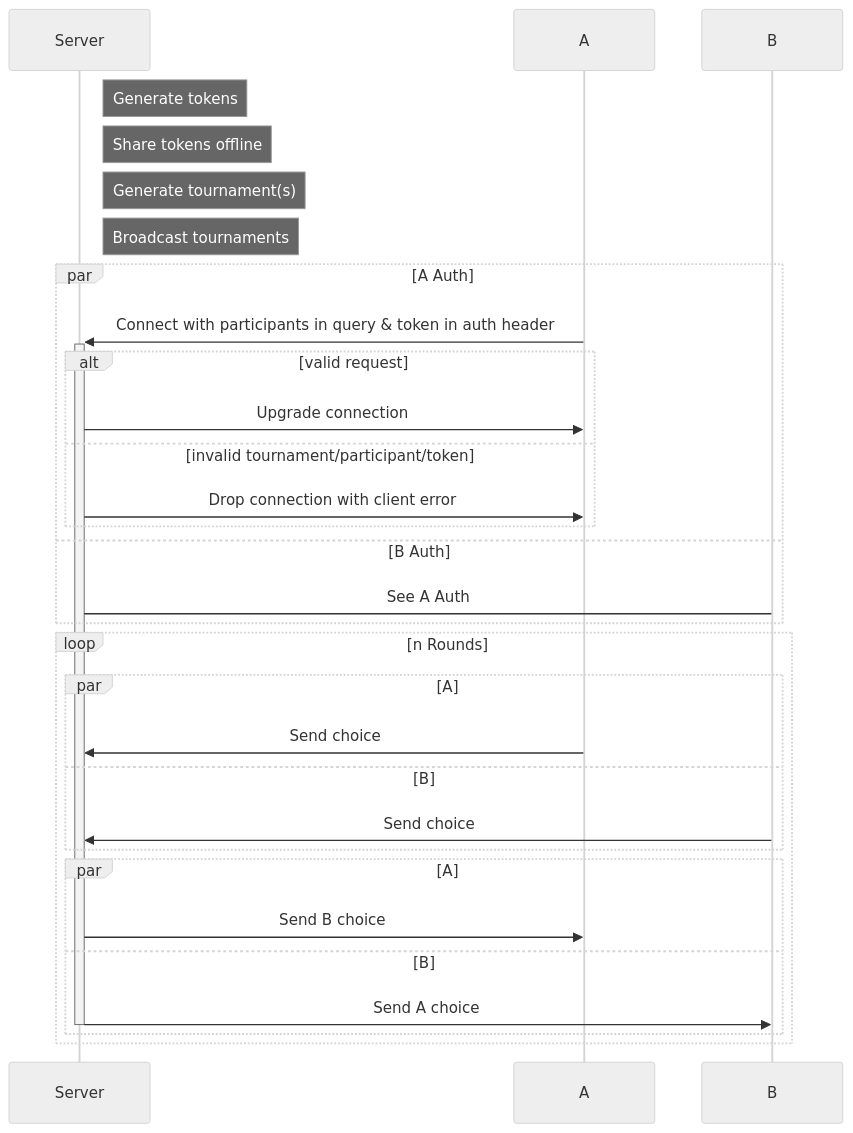
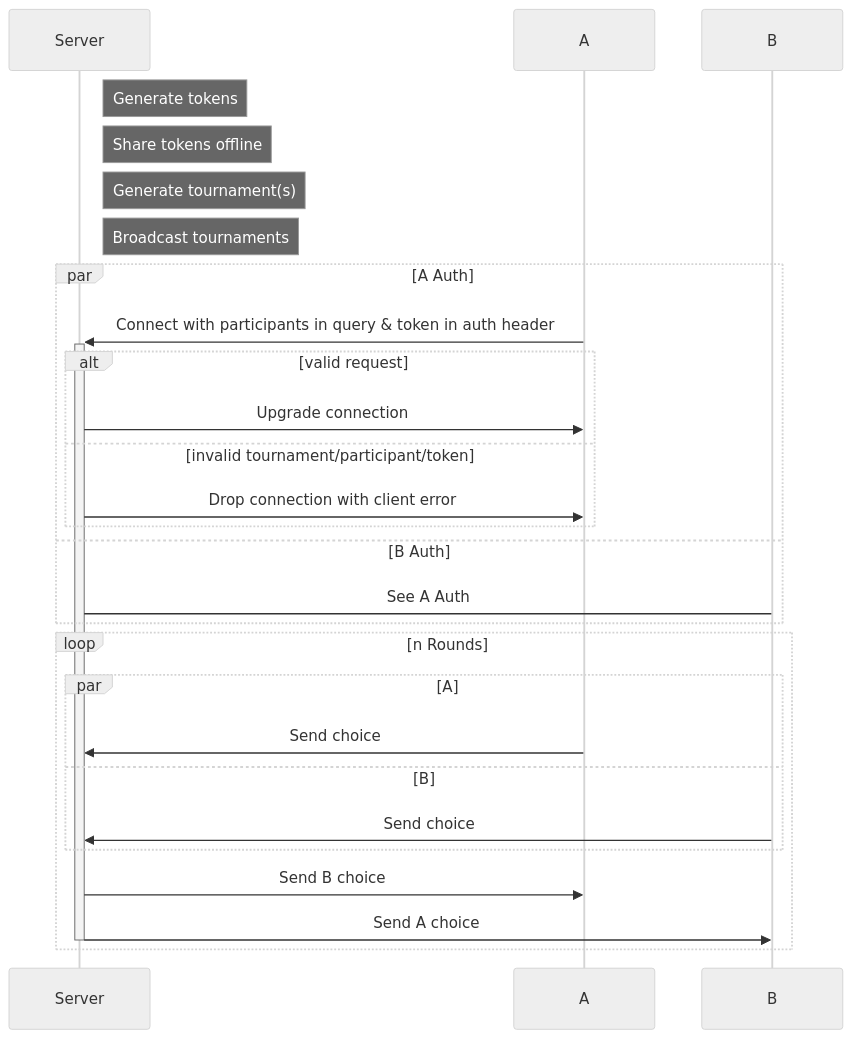
The diagram in README.md (fgw/iterated-prisoners-dilemma-websocket-server), drawn with Mermaid (neutral theme) before and after one commit.

Commit message:
Remove par from return choice

````diff
--- a/README.md
+++ b/README.md
@@ -51,32 +51,29 @@
 ```mermaid
 sequenceDiagram
 participant Server
 participant A
 participant B
 Note right of Server: Generate tokens
 Note right of Server: Share tokens offline
 Note right of Server: Generate tournament(s)
 Note right of Server: Broadcast tournaments
 par A Auth
     A->>+Server: Connect with participants in query & token in auth header
     alt valid request
         Server->>A: Upgrade connection
     else invalid tournament/participant/token
         Server->>A: Drop connection with client error
     end
 and B Auth
     B->Server: See A Auth
 end
 loop n Rounds
     par A
         A->>Server: Send choice
     and B
         B->>Server: Send choice
     end
-    par A
-        Server->>A: Send B choice
-    and B
-        Server->>-B: Send A choice
-    end
+    Server->>A: Send B choice
+    Server->>-B: Send A choice
 end
 ```
````
